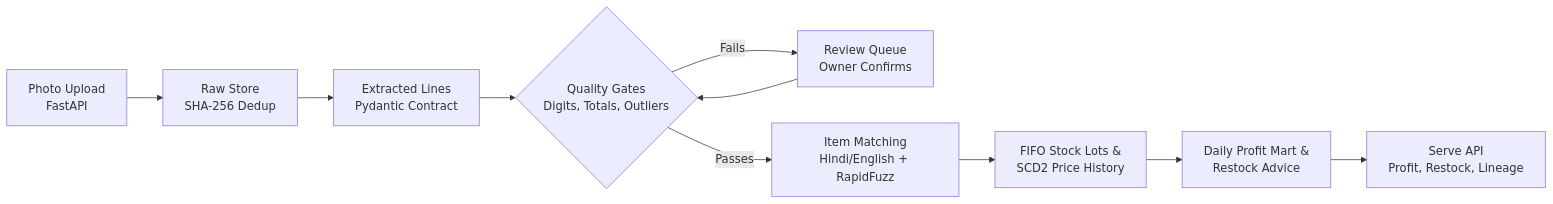
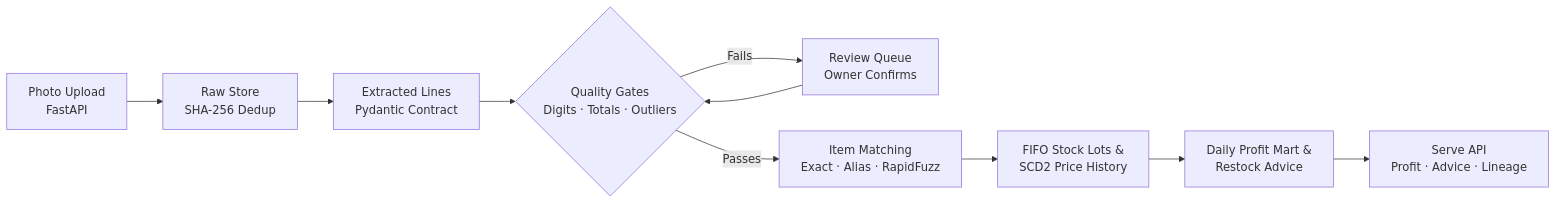
Before and after one commit to Nish232003/Gullak: the diagram in README.md, drawn with Mermaid. The commit also changed other lines of this file, not shown here.

Commit message:
Improve README with business framing, badges, API table, and structure

````diff
--- a/README.md
+++ b/README.md
@@ -7,12 +26,12 @@
 ```mermaid
 flowchart LR
     A[Photo Upload<br/>FastAPI] --> B[Raw Store<br/>SHA-256 Dedup]
     B --> C[Extracted Lines<br/>Pydantic Contract]
-    C --> D{Quality Gates<br/>Digits, Totals, Outliers}
+    C --> D{Quality Gates<br/>Digits · Totals · Outliers}
     D -- Fails --> E[Review Queue<br/>Owner Confirms]
     E --> D
-    D -- Passes --> F[Item Matching<br/>Hindi/English + RapidFuzz]
+    D -- Passes --> F[Item Matching<br/>Exact · Alias · RapidFuzz]
     F --> G[FIFO Stock Lots &<br/>SCD2 Price History]
     G --> H[Daily Profit Mart &<br/>Restock Advice]
-    H --> I[Serve API<br/>Profit, Restock, Lineage]
+    H --> I[Serve API<br/>Profit · Advice · Lineage]
 ```
````
